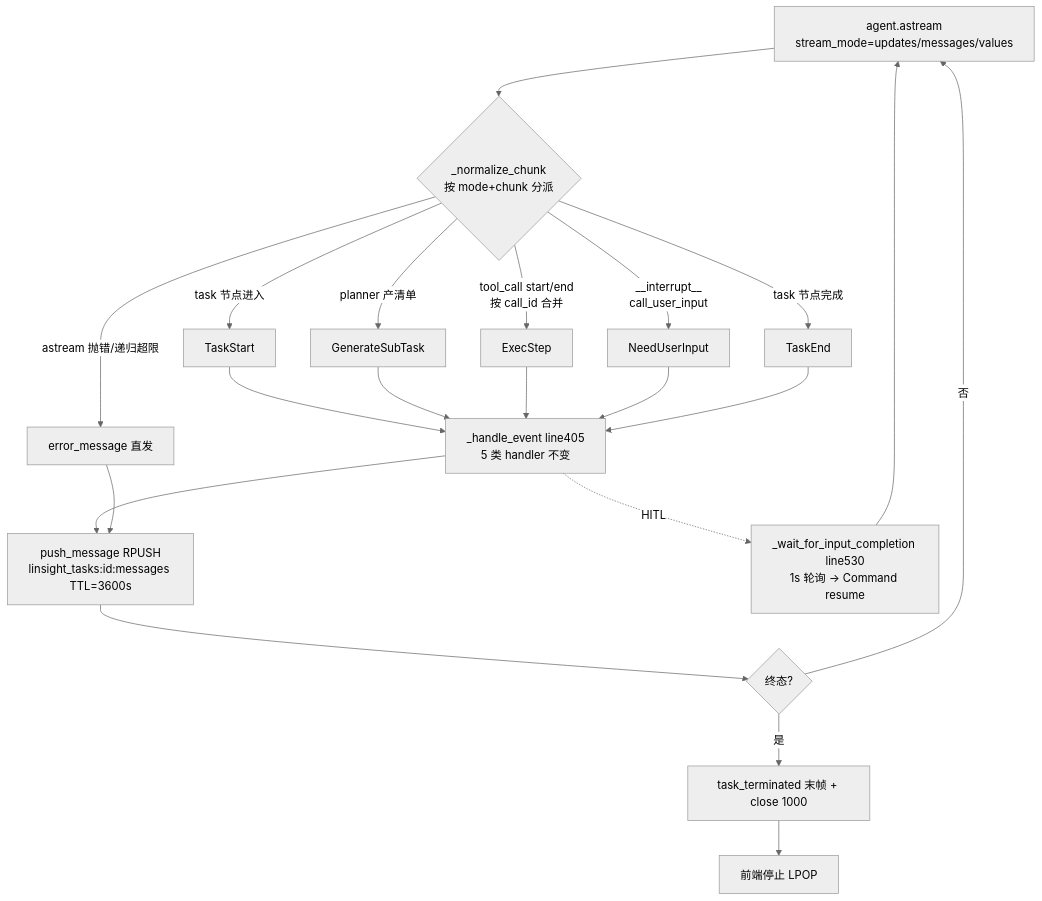
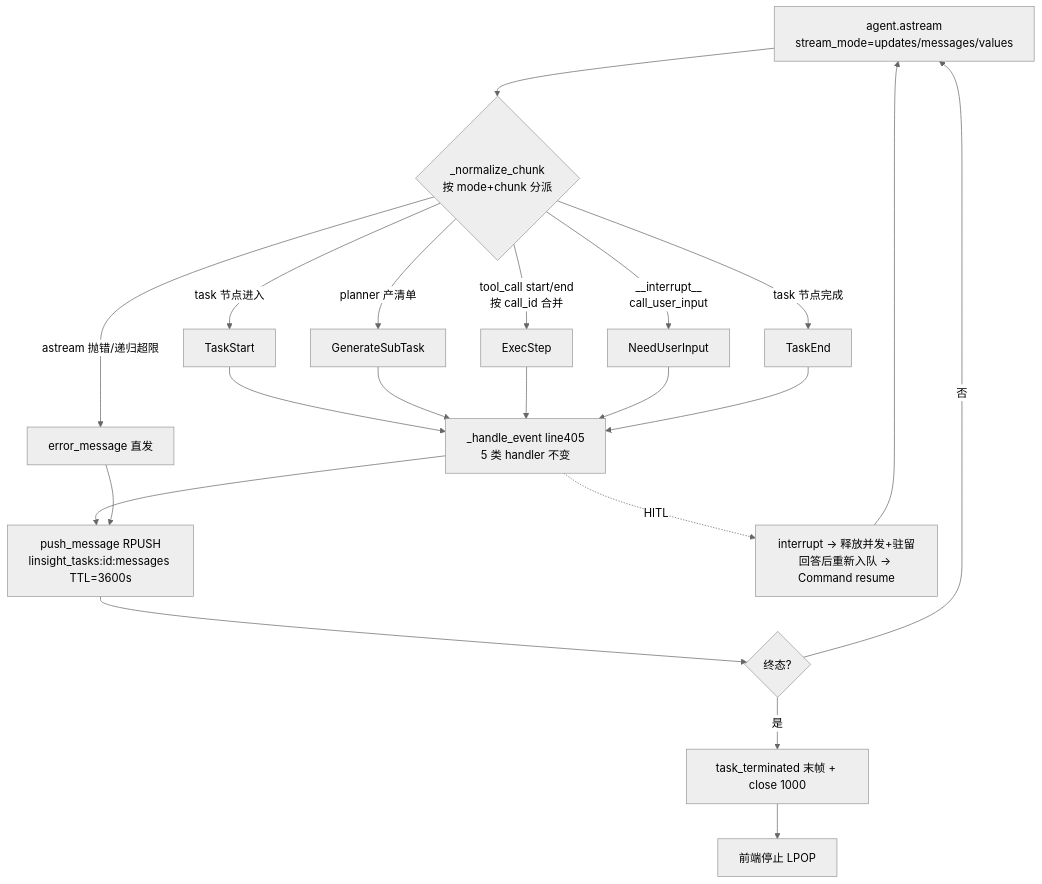
Before and after one commit to dataelement/bisheng: the second of 6 diagrams in docs/PRD/2.6 灵思 deepagents 迁移 PRD/技术方案-灵思 deepagents 适配层设计.md, drawn with Mermaid (neutral theme). The commit also changed other lines of this file and 1 other file, not shown here.

````diff
--- a/docs/PRD/2.6 灵思 deepagents 迁移 PRD/技术方案-灵思 deepagents 适配层设计.md
+++ b/docs/PRD/2.6 灵思 deepagents 迁移 PRD/技术方案-灵思 deepagents 适配层设计.md
@@ -231,23 +243,23 @@
 ```mermaid
 flowchart TD
     A[agent.astream<br/>stream_mode=updates/messages/values] --> B{_normalize_chunk<br/>按 mode+chunk 分派}
     B -->|task 节点进入| C[TaskStart]
     B -->|planner 产清单| D[GenerateSubTask]
     B -->|tool_call start/end<br/>按 call_id 合并| E[ExecStep]
     B -->|__interrupt__<br/>call_user_input| F[NeedUserInput]
     B -->|task 节点完成| G[TaskEnd]
     B -->|astream 抛错/递归超限| H[error_message 直发]
     C --> I[_handle_event line405<br/>5 类 handler 不变]
     D --> I
     E --> I
     F --> I
     G --> I
     I --> J[push_message RPUSH<br/>linsight_tasks:id:messages TTL=3600s]
     H --> J
-    I -.HITL.-> K[_wait_for_input_completion line530<br/>1s 轮询 → Command resume]
+    I -.HITL.-> K[interrupt → 释放并发+驻留<br/>回答后重新入队 → Command resume]
     K --> A
     J --> L{终态?}
     L -->|是| M[task_terminated 末帧 + close 1000]
     L -->|否| A
     M --> N[前端停止 LPOP]
 ```
````
